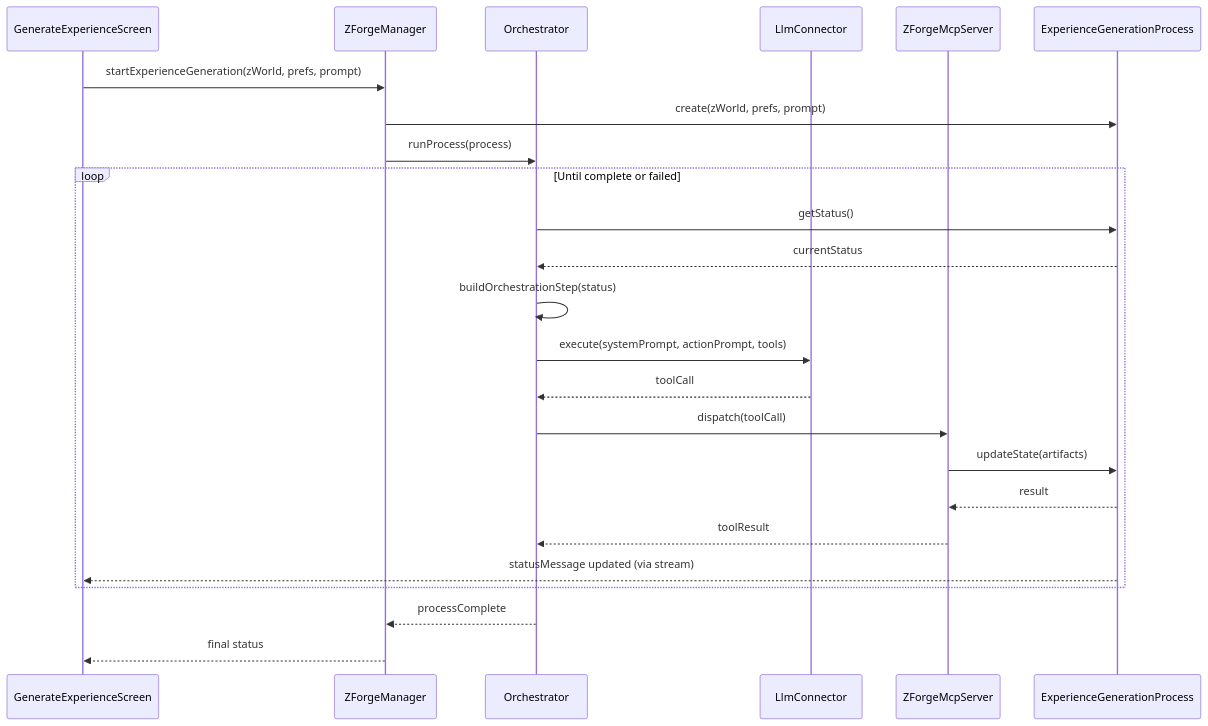
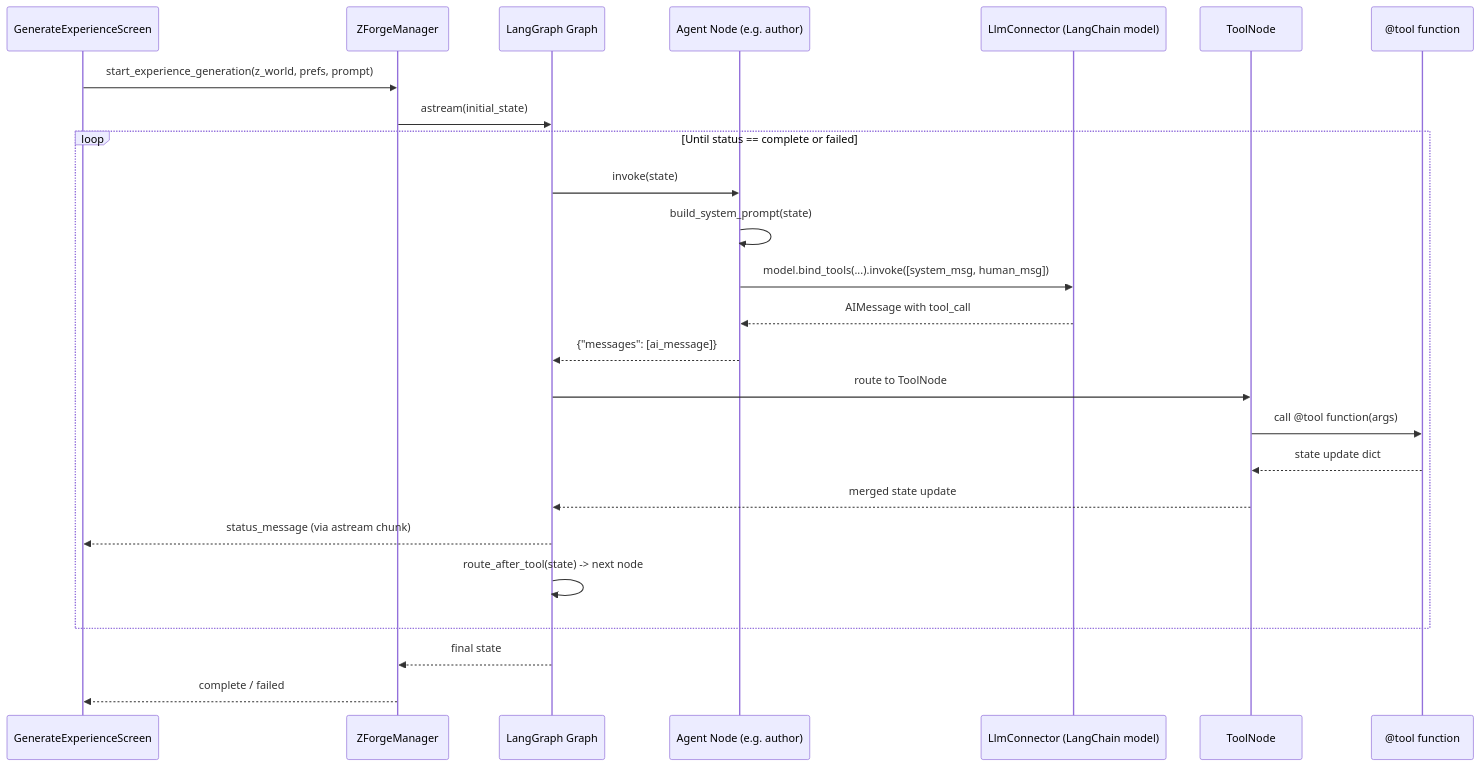
The diagram in docs/LLM Orchestration.md (peterbaileyct/zforge), drawn with Mermaid before and after one commit. The commit also changed other lines of this file and 11 other files, not shown here.

````diff
--- a/docs/LLM Orchestration.md
+++ b/docs/LLM Orchestration.md
@@ -210,29 +208,30 @@
 ```mermaid
 sequenceDiagram
     participant UI as GenerateExperienceScreen
     participant ZFM as ZForgeManager
-    participant Orch as Orchestrator
-    participant LLM as LlmConnector
-    participant MCP as ZForgeMcpServer
-    participant Proc as ExperienceGenerationProcess
+    participant G as LangGraph Graph
+    participant Node as Agent Node (e.g. author)
+    participant LLM as LlmConnector (LangChain model)
+    participant TN as ToolNode
+    participant Tool as @tool function
 
-    UI->>ZFM: startExperienceGeneration(zWorld, prefs, prompt)
-    ZFM->>Proc: create(zWorld, prefs, prompt)
-    ZFM->>Orch: runProcess(process)
-    
-    loop Until complete or failed
-        Orch->>Proc: getStatus()
-        Proc-->>Orch: currentStatus
-        Orch->>Orch: buildOrchestrationStep(status)
-        Orch->>LLM: execute(systemPrompt, actionPrompt, tools)
-        LLM-->>Orch: toolCall
-        Orch->>MCP: dispatch(toolCall)
-        MCP->>Proc: updateState(artifacts)
-        Proc-->>MCP: result
-        MCP-->>Orch: toolResult
-        Proc-->>UI: statusMessage updated (via stream)
+    UI->>ZFM: start_experience_generation(z_world, prefs, prompt)
+    ZFM->>G: astream(initial_state)
+
+    loop Until status == complete or failed
+        G->>Node: invoke(state)
+        Node->>Node: build_system_prompt(state)
+        Node->>LLM: model.bind_tools(...).invoke([system_msg, human_msg])
+        LLM-->>Node: AIMessage with tool_call
+        Node-->>G: {"messages": [ai_message]}
+        G->>TN: route to ToolNode
+        TN->>Tool: call @tool function(args)
+        Tool-->>TN: state update dict
+        TN-->>G: merged state update
+        G-->>UI: status_message (via astream chunk)
+        G->>G: route_after_tool(state) -> next node
     end
-    
-    Orch-->>ZFM: processComplete
-    ZFM-->>UI: final status
+
+    G-->>ZFM: final state
+    ZFM-->>UI: complete / failed
 ```
````
